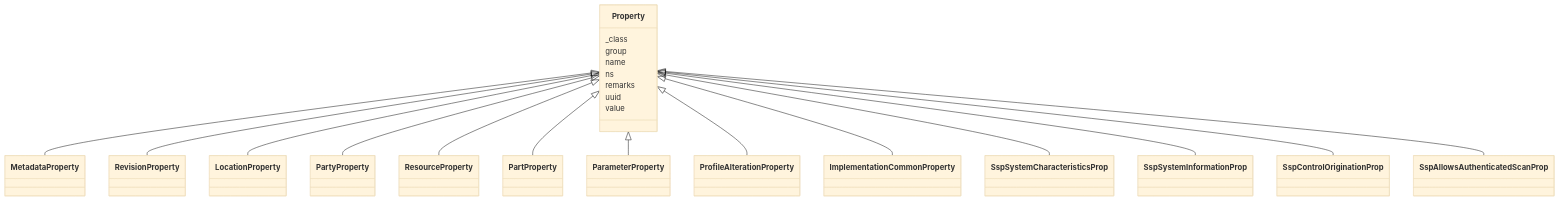
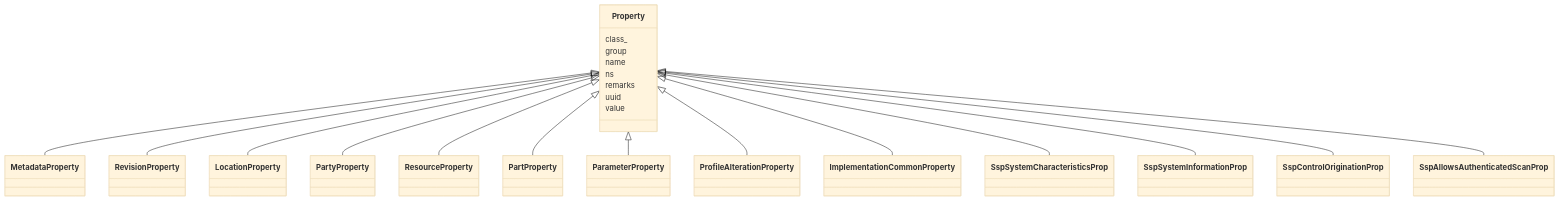
Before and after one commit to lmodel/oscal: the diagram in project/mermaid/Property.md, drawn with Mermaid (base theme). The commit also changed 434 other files, not shown here.

Commit message:
fix(schema): stamp the modules for 1.2.3 and regenerate extended outputs

````diff
--- a/project/mermaid/Property.md
+++ b/project/mermaid/Property.md
@@ -4,47 +4,47 @@
 ```mermaid
  classDiagram
     class Property
     click Property href "../Property"
       Property <|-- MetadataProperty
         click MetadataProperty href "../MetadataProperty"
       Property <|-- RevisionProperty
         click RevisionProperty href "../RevisionProperty"
       Property <|-- LocationProperty
         click LocationProperty href "../LocationProperty"
       Property <|-- PartyProperty
         click PartyProperty href "../PartyProperty"
       Property <|-- ResourceProperty
         click ResourceProperty href "../ResourceProperty"
       Property <|-- PartProperty
         click PartProperty href "../PartProperty"
       Property <|-- ParameterProperty
         click ParameterProperty href "../ParameterProperty"
       Property <|-- ProfileAlterationProperty
         click ProfileAlterationProperty href "../ProfileAlterationProperty"
       Property <|-- ImplementationCommonProperty
         click ImplementationCommonProperty href "../ImplementationCommonProperty"
       Property <|-- SspSystemCharacteristicsProp
         click SspSystemCharacteristicsProp href "../SspSystemCharacteristicsProp"
       Property <|-- SspSystemInformationProp
         click SspSystemInformationProp href "../SspSystemInformationProp"
       Property <|-- SspControlOriginationProp
         click SspControlOriginationProp href "../SspControlOriginationProp"
       Property <|-- SspAllowsAuthenticatedScanProp
         click SspAllowsAuthenticatedScanProp href "../SspAllowsAuthenticatedScanProp"
       
-      Property : _class
+      Property : class_
         
       Property : group
         
       Property : name
         
       Property : ns
         
       Property : remarks
         
       Property : uuid
         
       Property : value
         
       
 ```
````
